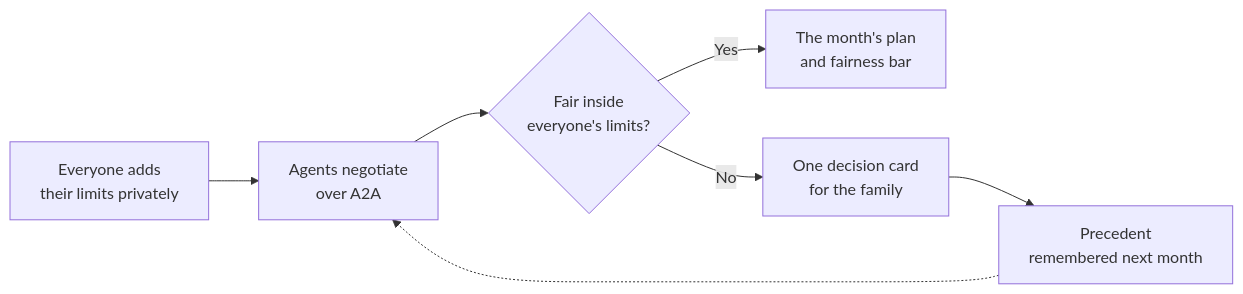
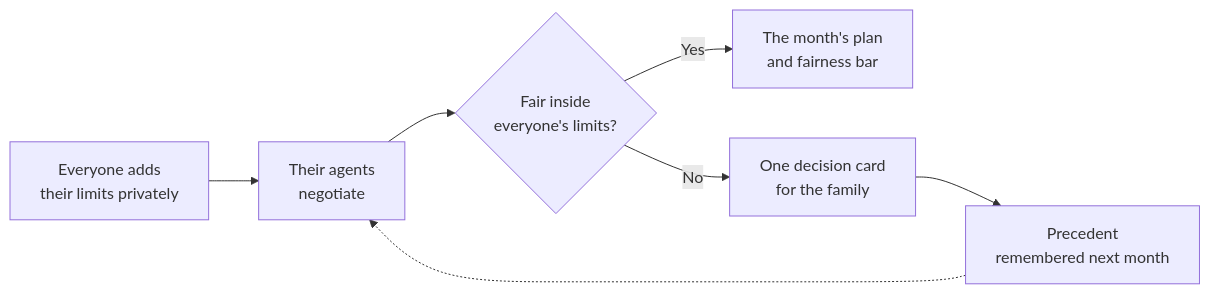
The first of 2 diagrams in submission/devpost-story.md (ahammadshawki8/Shoulder), drawn with Mermaid before and after one commit. The commit also changed other lines of this file and 7 other files, not shown here.

````diff
--- a/submission/devpost-story.md
+++ b/submission/devpost-story.md
@@ -51,9 +51,9 @@
 ```mermaid
 flowchart LR
-    A["Everyone adds<br/>their limits privately"] --> B["Agents negotiate<br/>over A2A"]
+    A["Everyone adds<br/>their limits privately"] --> B["Their agents<br/>negotiate"]
     B --> C{"Fair inside<br/>everyone's limits?"}
     C -->|"Yes"| D["The month's plan<br/>and fairness bar"]
     C -->|"No"| E["One decision card<br/>for the family"]
     E --> F["Precedent<br/>remembered next month"]
     F -.-> B
 ```
````
